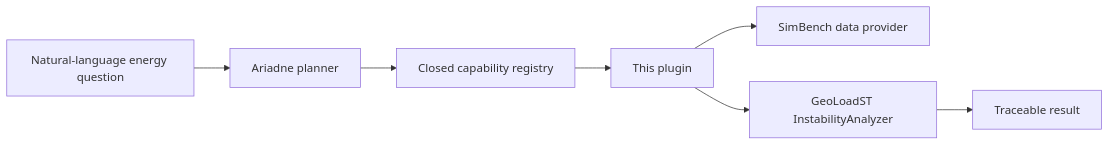
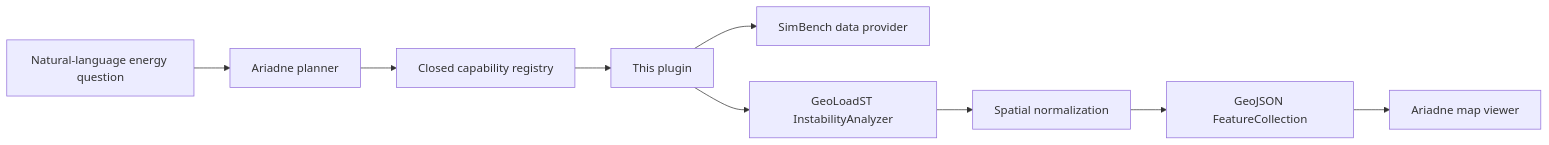
Before and after one commit to AriadneThreadLab/AriadneThread-GeoLoadST: the diagram in README.md, drawn with Mermaid. The commit also changed other lines of this file and 32 other files, not shown here.

Commit message:
Ariadne Thread connected to the GeoLoadST

````diff
--- a/README.md
+++ b/README.md
@@ -29,9 +33,11 @@
 ```mermaid
 flowchart LR
   Q[Natural-language energy question] --> A[Ariadne planner]
   A --> R[Closed capability registry]
   R --> P[This plugin]
   P --> S[SimBench data provider]
   P --> G[GeoLoadST InstabilityAnalyzer]
-  G --> T[Traceable result]
+  G --> N[Spatial normalization]
+  N --> M[GeoJSON FeatureCollection]
+  M --> V[Ariadne map viewer]
 ```
````
